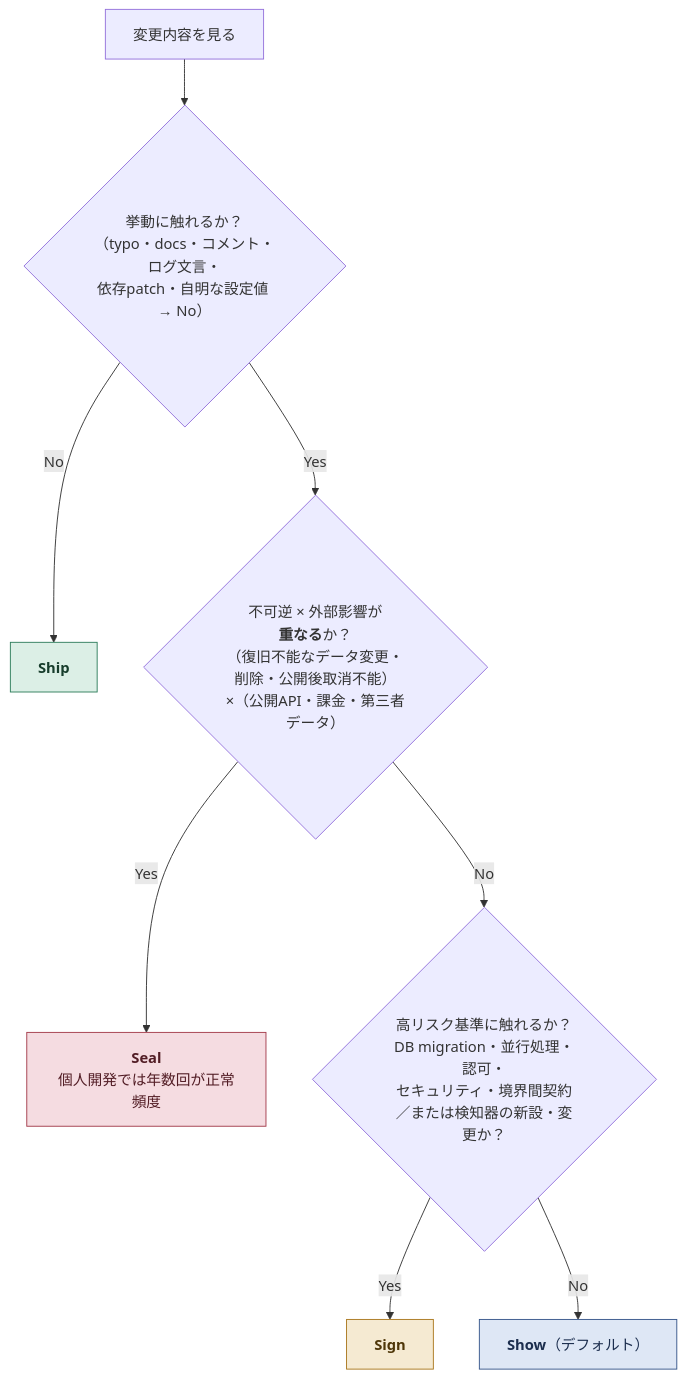
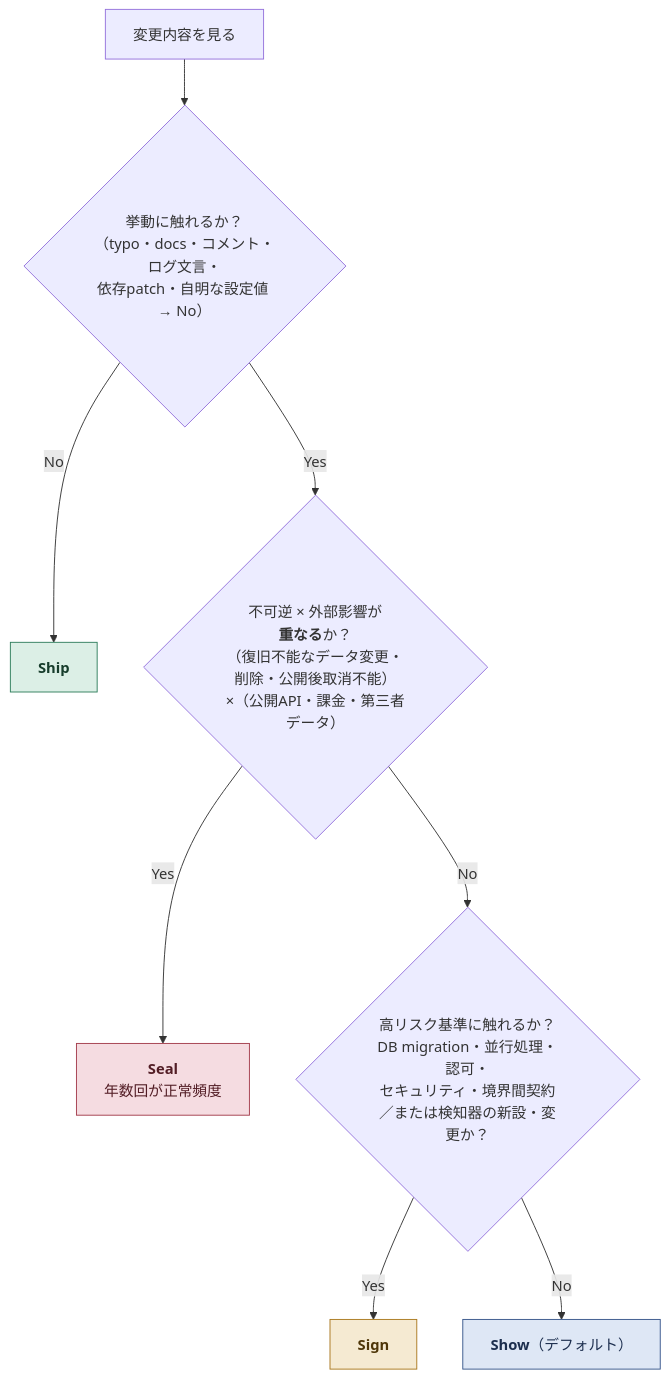
Before and after one commit to mizulba-dev/dev-method: the second of 6 diagrams in DEV_FLOW.md, drawn with Mermaid. The commit also changed other lines of this file and 7 other files, not shown here.

````diff
--- a/DEV_FLOW.md
+++ b/DEV_FLOW.md
@@ -42,18 +42,18 @@
 ```mermaid
 flowchart TD
   START["変更内容を見る"] --> Q1{"挙動に触れるか？<br/>（typo・docs・コメント・ログ文言・<br/>依存patch・自明な設定値 → No）"}
   Q1 -->|"No"| SHIP["<b>Ship</b>"]
   Q1 -->|"Yes"| Q2{"不可逆 × 外部影響が<br/><b>重なる</b>か？<br/>（復旧不能なデータ変更・削除・公開後取消不能）<br/>×（公開API・課金・第三者データ）"}
-  Q2 -->|"Yes"| SEAL["<b>Seal</b><br/>個人開発では年数回が正常頻度"]
+  Q2 -->|"Yes"| SEAL["<b>Seal</b><br/>年数回が正常頻度"]
   Q2 -->|"No"| Q3{"高リスク基準に触れるか？<br/>DB migration・並行処理・認可・<br/>セキュリティ・境界間契約<br/>／または検知器の新設・変更か？"}
   Q3 -->|"Yes"| SIGN["<b>Sign</b>"]
   Q3 -->|"No"| SHOW["<b>Show</b>（デフォルト）"]
   classDef ship fill:#DCEFE6,stroke:#2E7D5B,color:#173D2C
   classDef show fill:#DEE7F5,stroke:#35558A,color:#1C2E4E
   classDef sign fill:#F5EAD2,stroke:#A9761C,color:#4E3608
   classDef seal fill:#F5DCE1,stroke:#A33B4A,color:#521D25
   class SHIP ship
   class SHOW show
   class SIGN sign
   class SEAL seal
 ```
````
